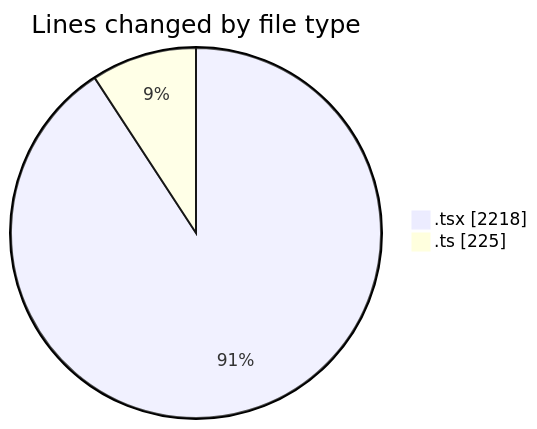
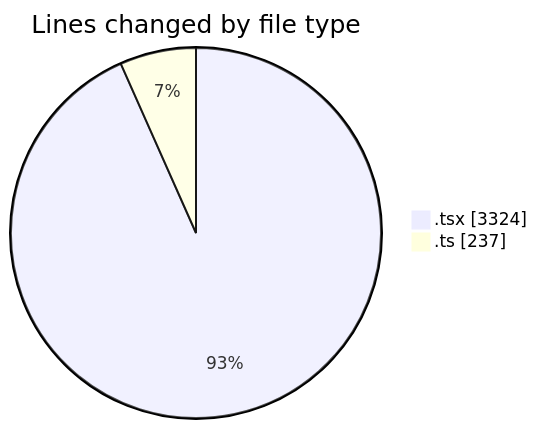
The first of 2 diagrams in 2025-10-13/eventscop-frontend-guide__workspace_/README.md (julien-gomy/code-tracking), drawn with Mermaid before and after one commit. The commit also changed other lines of this file and 1 other file, not shown here.

````diff
--- a/2025-10-13/eventscop-frontend-guide__workspace_/README.md
+++ b/2025-10-13/eventscop-frontend-guide__workspace_/README.md
@@ -28,6 +32,6 @@
 ```mermaid
 pie showData
 title Lines changed by file type
-".tsx" : 2218
-".ts" : 225
+".tsx" : 3324
+".ts" : 237
 ```
````
